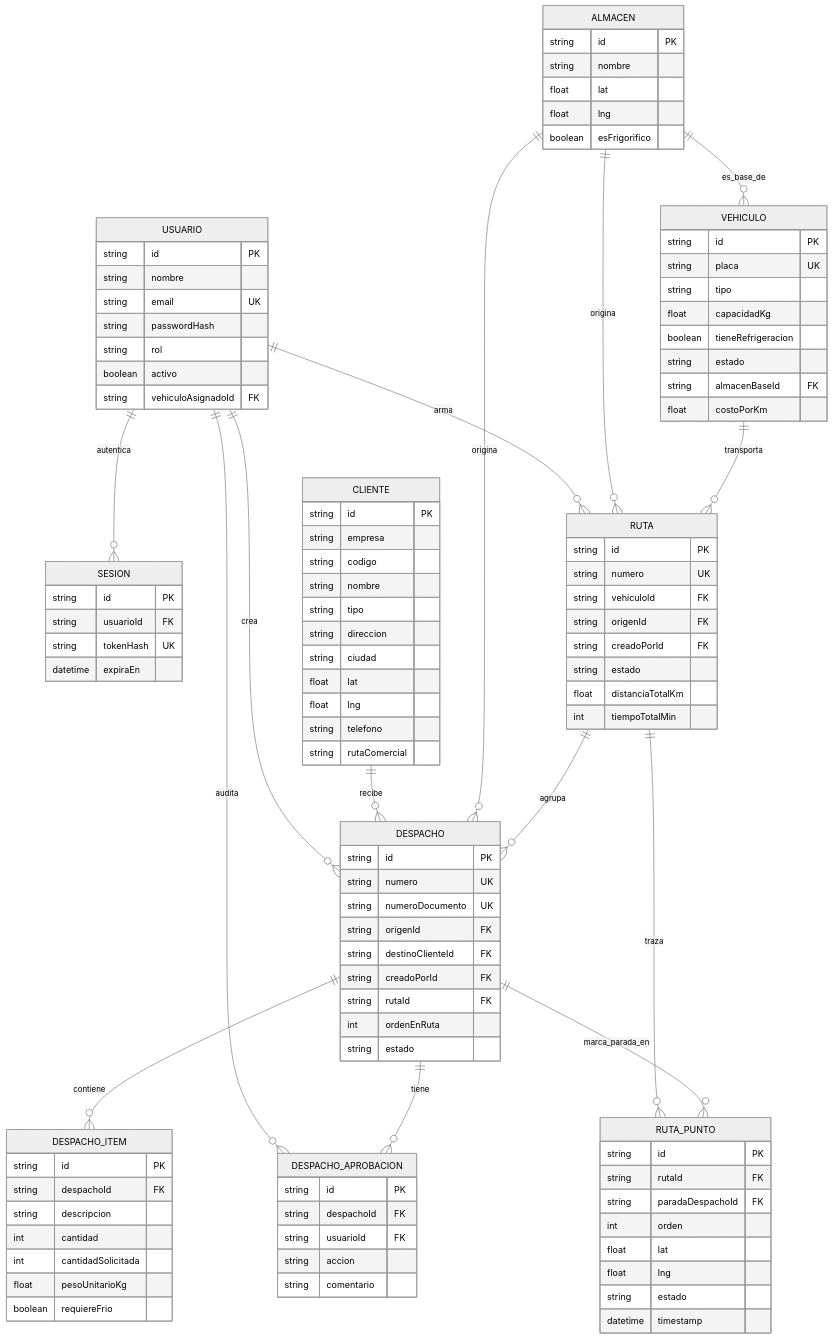
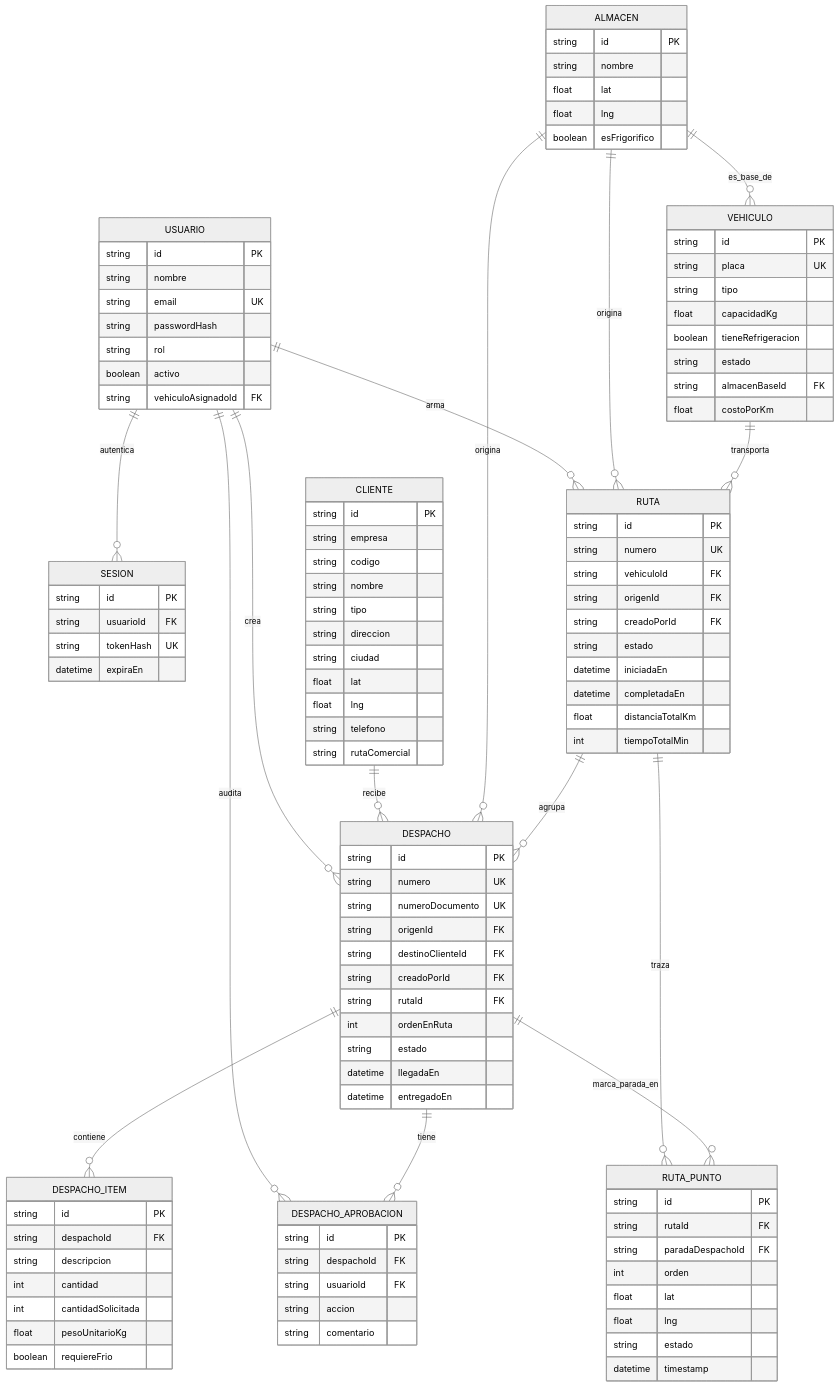
Before and after one commit to chivo1821/isvan_project: the diagram in docs/MODELO_DATOS.md, drawn with Mermaid (neutral theme). The commit also changed other lines of this file and 37 other files, not shown here.

```diff
--- a/docs/MODELO_DATOS.md
+++ b/docs/MODELO_DATOS.md
@@ -89,6 +89,8 @@
         string rutaId FK
         int ordenEnRuta
         string estado
+        datetime llegadaEn
+        datetime entregadoEn
     }
     DESPACHO_ITEM {
         string id PK
@@ -113,6 +115,8 @@
         string origenId FK
         string creadoPorId FK
         string estado
+        datetime iniciadaEn
+        datetime completadaEn
         float distanciaTotalKm
         int tiempoTotalMin
     }
```
